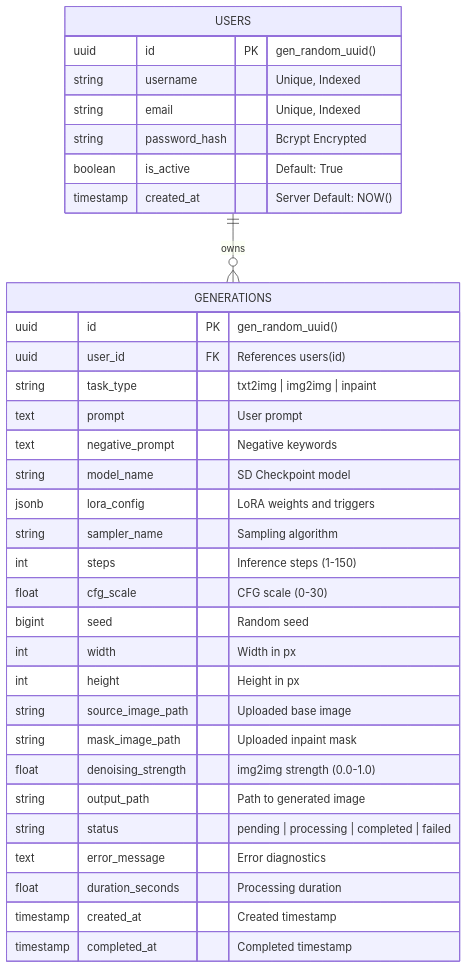
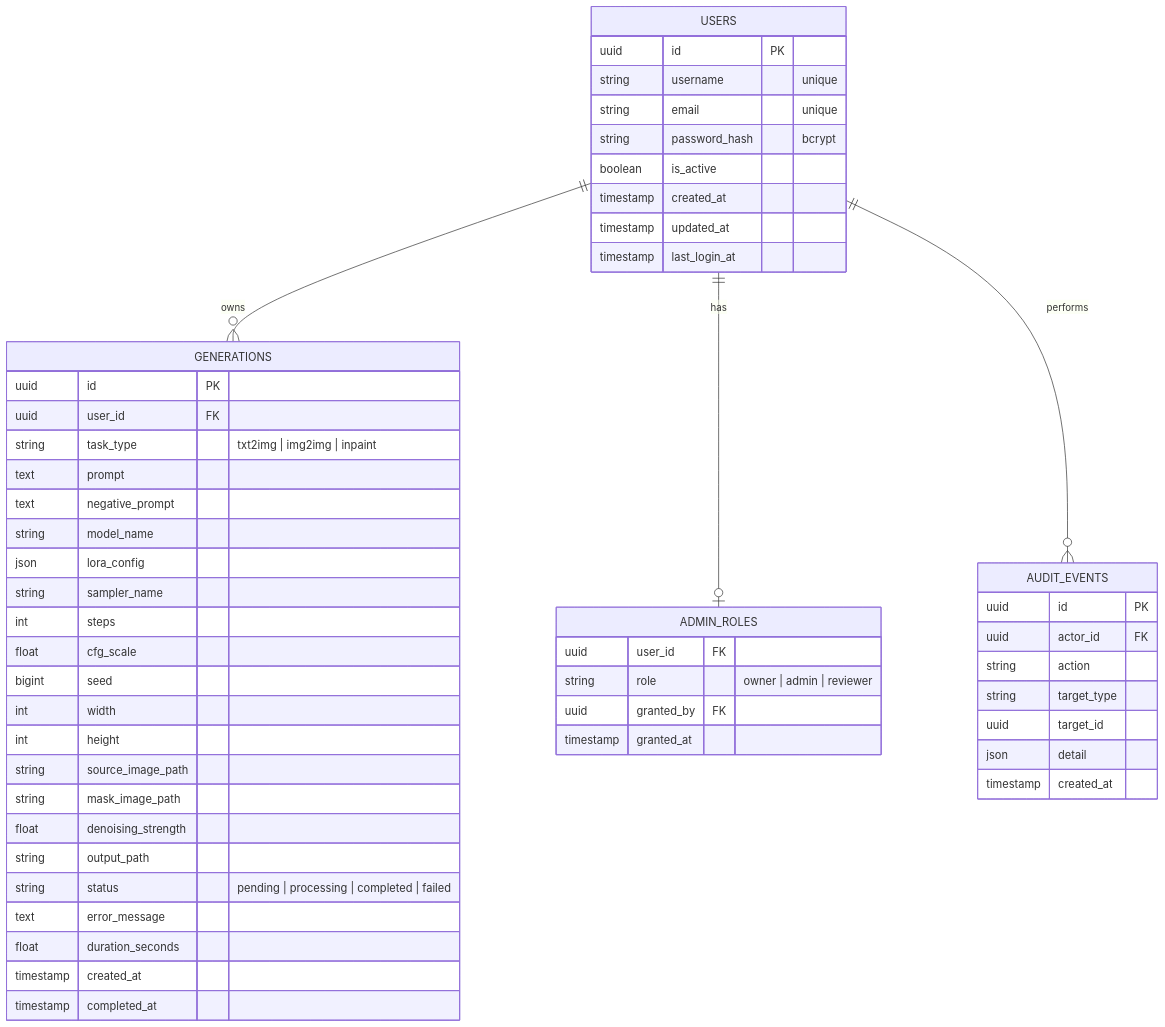
The third of 3 diagrams in README.md (Pongkarm/Project_Luma_PKW), drawn with Mermaid before and after one commit. The commit also changed other lines of this file, not shown here.

First line of the commit message:
Update README to describe the 4-node system as it is now

````diff
--- a/README.md
+++ b/README.md
@@ -88,36 +167,55 @@
 ```mermaid
 erDiagram
     USERS ||--o{ GENERATIONS : owns
+    USERS ||--o| ADMIN_ROLES : has
+    USERS ||--o{ AUDIT_EVENTS : performs
     USERS {
-        uuid id PK "gen_random_uuid()"
-        string username "Unique, Indexed"
-        string email "Unique, Indexed"
-        string password_hash "Bcrypt Encrypted"
-        boolean is_active "Default: True"
-        timestamp created_at "Server Default: NOW()"
+        uuid id PK
+        string username "unique"
+        string email "unique"
+        string password_hash "bcrypt"
+        boolean is_active
+        timestamp created_at
+        timestamp updated_at
+        timestamp last_login_at
     }
     GENERATIONS {
-        uuid id PK "gen_random_uuid()"
-        uuid user_id FK "References users(id)"
+        uuid id PK
+        uuid user_id FK
         string task_type "txt2img | img2img | inpaint"
-        text prompt "User prompt"
-        text negative_prompt "Negative keywords"
-        string model_name "SD Checkpoint model"
-        jsonb lora_config "LoRA weights and triggers"
-        string sampler_name "Sampling algorithm"
-        int steps "Inference steps (1-150)"
-        float cfg_scale "CFG scale (0-30)"
-        bigint seed "Random seed"
-        int width "Width in px"
-        int height "Height in px"
-        string source_image_path "Uploaded base image"
-        string mask_image_path "Uploaded inpaint mask"
-        float denoising_strength "img2img strength (0.0-1.0)"
-        string output_path "Path to generated image"
+        text prompt
+        text negative_prompt
+        string model_name
+        json lora_config
+        string sampler_name
+        int steps
+        float cfg_scale
+        bigint seed
+        int width
+        int height
+        string source_image_path
+        string mask_image_path
+        float denoising_strength
+        string output_path
         string status "pending | processing | completed | failed"
-        text error_message "Error diagnostics"
-        float duration_seconds "Processing duration"
-        timestamp created_at "Created timestamp"
-        timestamp completed_at "Completed timestamp"
+        text error_message
+        float duration_seconds
+        timestamp created_at
+        timestamp completed_at
+    }
+    ADMIN_ROLES {
+        uuid user_id FK
+        string role "owner | admin | reviewer"
+        uuid granted_by FK
+        timestamp granted_at
+    }
+    AUDIT_EVENTS {
+        uuid id PK
+        uuid actor_id FK
+        string action
+        string target_type
+        uuid target_id
+        json detail
+        timestamp created_at
     }
 ```
````
